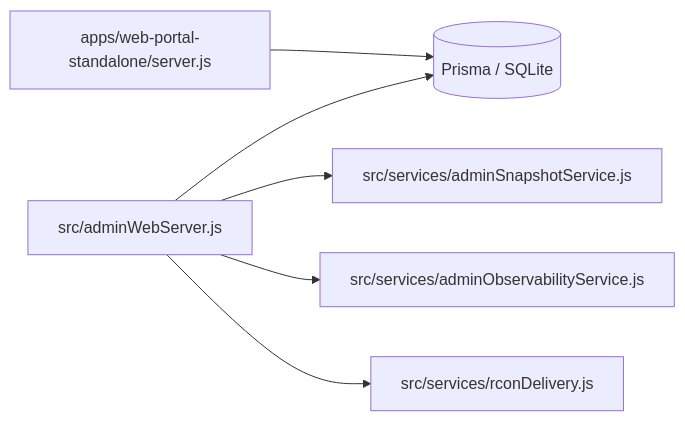
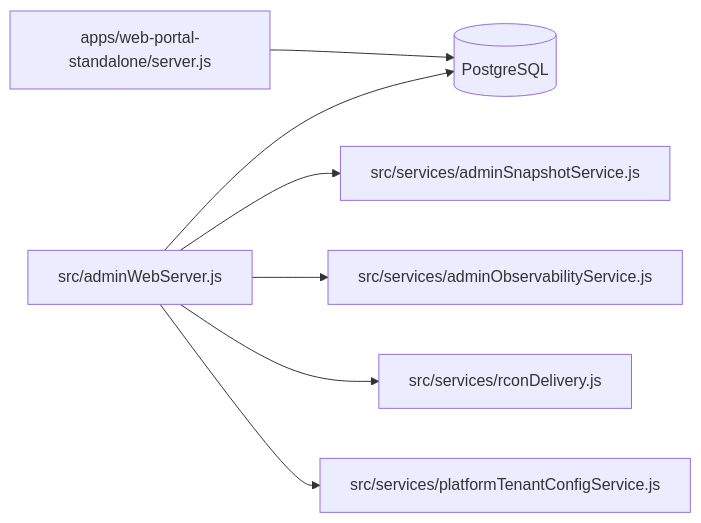
One commit to kogawz1997/new changed the third of 3 diagrams in docs/ARCHITECTURE.md. Above: the diagram before and after it, drawn with Mermaid. The commit also changed other lines of this file and 2033 other files, not shown here.

First line of the commit message:
Add PostgreSQL data dir and update CI/docs

````diff
--- a/docs/ARCHITECTURE.md
+++ b/docs/ARCHITECTURE.md
@@ -72,8 +74,9 @@
 ```mermaid
 flowchart LR
-  A[src/adminWebServer.js] --> B[(Prisma / SQLite)]
+  A[src/adminWebServer.js] --> B[(PostgreSQL)]
   A --> C[src/services/adminSnapshotService.js]
   A --> D[src/services/adminObservabilityService.js]
   A --> E[src/services/rconDelivery.js]
-  F[apps/web-portal-standalone/server.js] --> B
+  A --> F[src/services/platformTenantConfigService.js]
+  G[apps/web-portal-standalone/server.js] --> B
 ```
````
